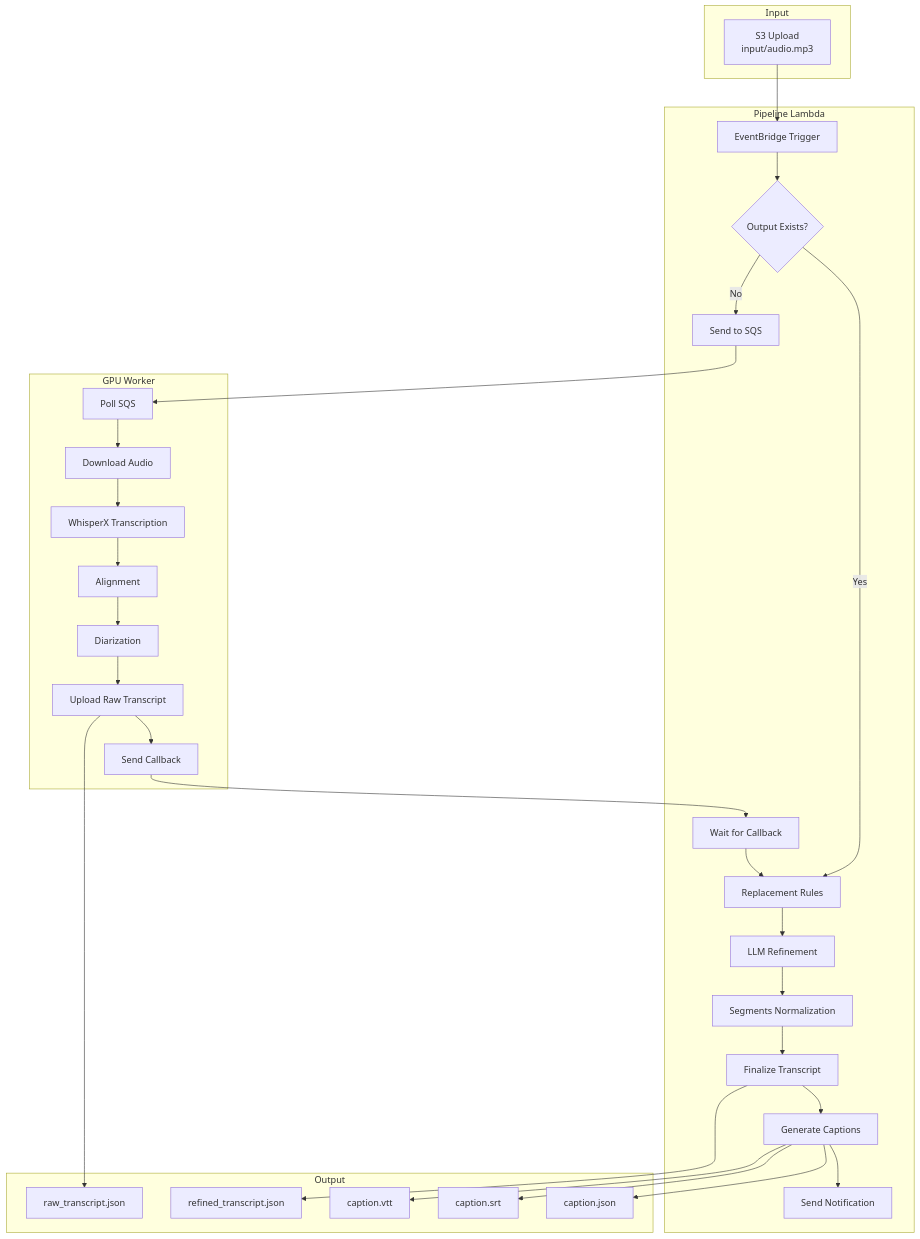
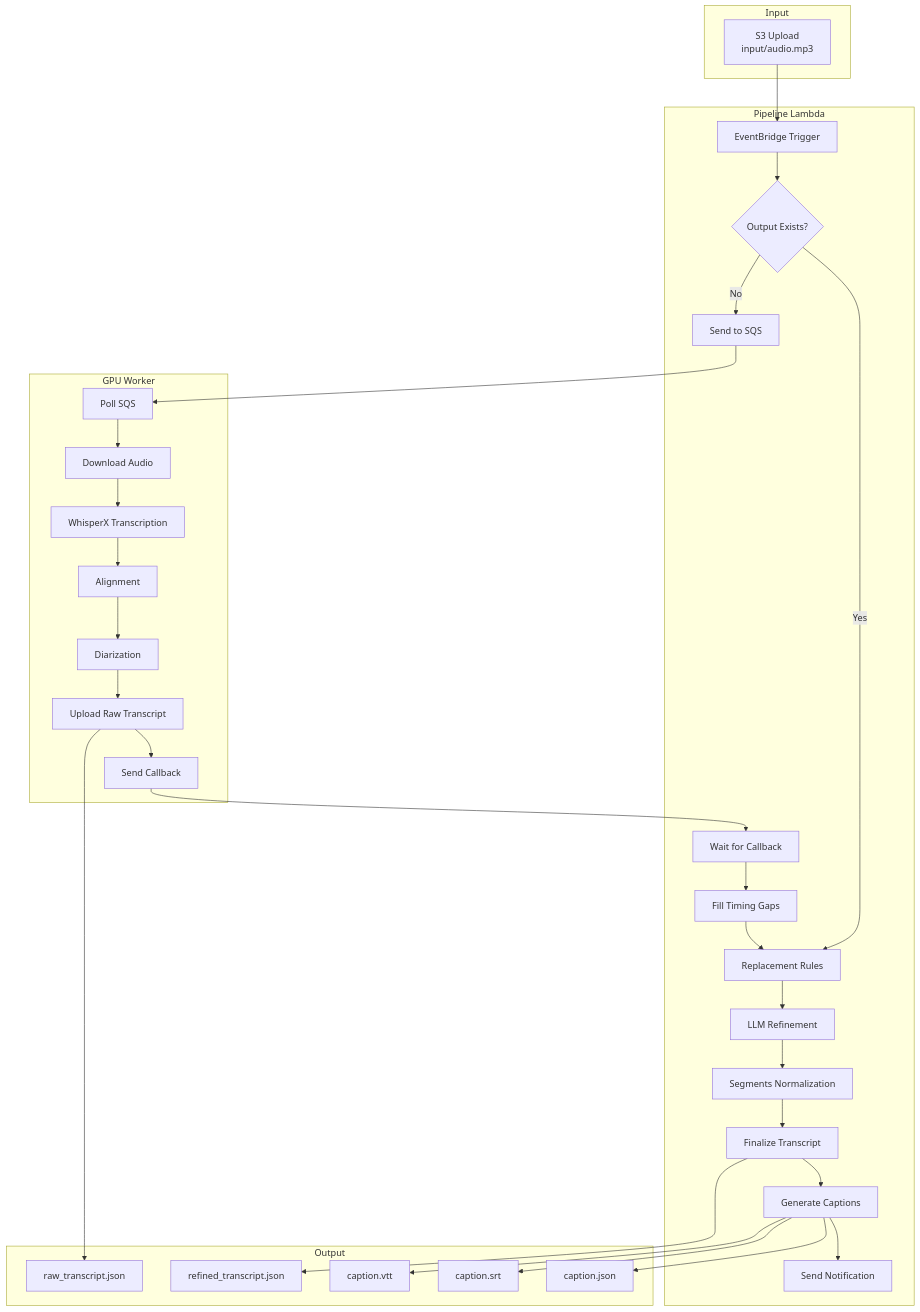
Before and after one commit to fourTheorem/podwhisperer: the diagram in README.md, drawn with Mermaid. The commit also changed other lines of this file and 6 other files, not shown here.

Commit message:
feat: fill timing gaps step

````diff
--- a/README.md
+++ b/README.md
@@ -31,46 +31,47 @@
 ```mermaid
 flowchart TD
     subgraph Input
         S3Upload["S3 Upload<br/>input/audio.mp3"]
     end
 
     subgraph "Pipeline Lambda"
         EB[EventBridge Trigger]
         CheckExists{Output Exists?}
         SQS[Send to SQS]
         WaitCallback[Wait for Callback]
+        FillGaps[Fill Timing Gaps]
         Replacement[Replacement Rules]
         LLM[LLM Refinement]
         Normalize[Segments Normalization]
         Finalize[Finalize Transcript]
         Captions[Generate Captions]
         Notify[Send Notification]
     end
 
     subgraph "GPU Worker"
         Poll[Poll SQS]
         Download[Download Audio]
         Transcribe[WhisperX Transcription]
         Align[Alignment]
         Diarize[Diarization]
         Upload[Upload Raw Transcript]
         Callback[Send Callback]
     end
 
     subgraph Output
         Raw[raw_transcript.json]
         Refined[refined_transcript.json]
         VTT[caption.vtt]
         SRT[caption.srt]
         JSON[caption.json]
     end
 
     S3Upload --> EB --> CheckExists
     CheckExists -->|No| SQS --> Poll
     CheckExists -->|Yes| Replacement
     Poll --> Download --> Transcribe --> Align --> Diarize --> Upload --> Callback
     Upload --> Raw
-    Callback --> WaitCallback --> Replacement --> LLM --> Normalize --> Finalize --> Captions --> Notify
+    Callback --> WaitCallback --> FillGaps --> Replacement --> LLM --> Normalize --> Finalize --> Captions --> Notify
     Finalize --> Refined
     Captions --> VTT & SRT & JSON
 ```
````
